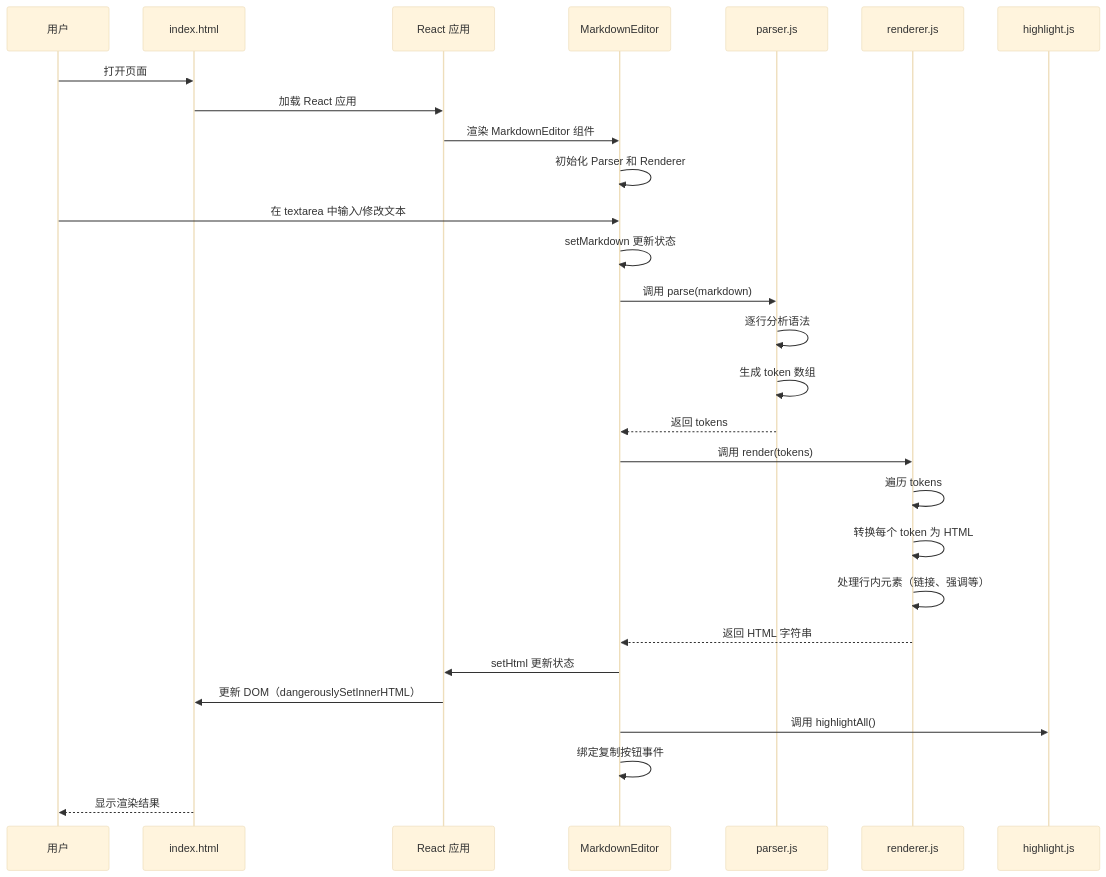
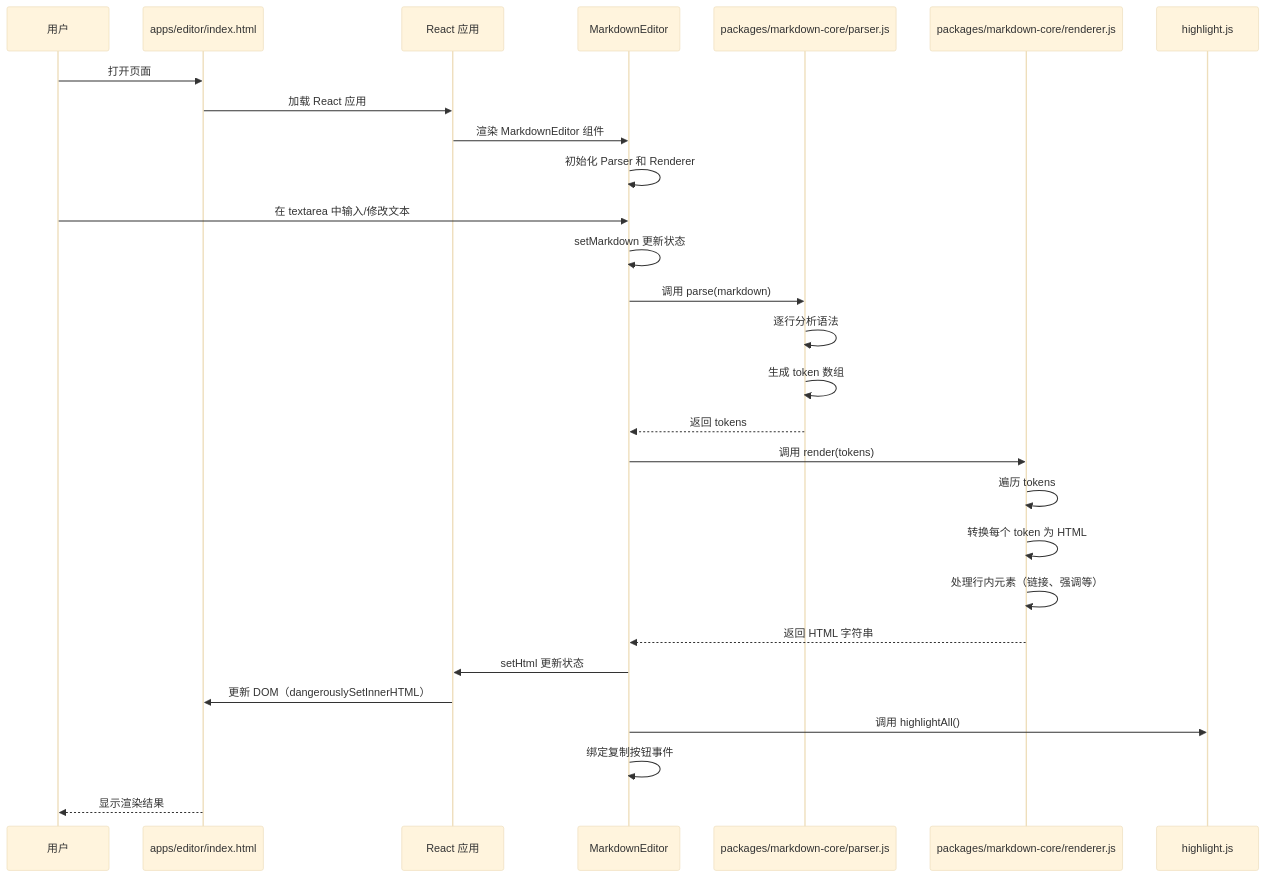
Before and after one commit to Canace22/md-render: the second of 3 diagrams in ARCHITECTURE.md, drawn with Mermaid (base theme). The commit also changed other lines of this file and 77 other files, not shown here.

````diff
--- a/ARCHITECTURE.md
+++ b/ARCHITECTURE.md
@@ -38,35 +38,35 @@
 ```mermaid
 sequenceDiagram
     participant U as 用户
-    participant HTML as index.html
+    participant HTML as apps/editor/index.html
     participant React as React 应用
     participant Editor as MarkdownEditor
-    participant Parser as parser.js
-    participant Renderer as renderer.js
+    participant Parser as packages/markdown-core/parser.js
+    participant Renderer as packages/markdown-core/renderer.js
     participant Hljs as highlight.js
     
     U->>HTML: 打开页面
     HTML->>React: 加载 React 应用
     React->>Editor: 渲染 MarkdownEditor 组件
     Editor->>Editor: 初始化 Parser 和 Renderer
     
     U->>Editor: 在 textarea 中输入/修改文本
     Editor->>Editor: setMarkdown 更新状态
     Editor->>Parser: 调用 parse(markdown)
     Parser->>Parser: 逐行分析语法
     Parser->>Parser: 生成 token 数组
     Parser-->>Editor: 返回 tokens
     
     Editor->>Renderer: 调用 render(tokens)
     Renderer->>Renderer: 遍历 tokens
     Renderer->>Renderer: 转换每个 token 为 HTML
     Renderer->>Renderer: 处理行内元素（链接、强调等）
     Renderer-->>Editor: 返回 HTML 字符串
     
     Editor->>React: setHtml 更新状态
     React->>HTML: 更新 DOM（dangerouslySetInnerHTML）
     Editor->>Hljs: 调用 highlightAll()
     Editor->>Editor: 绑定复制按钮事件
     
     HTML-->>U: 显示渲染结果
 ```
````
